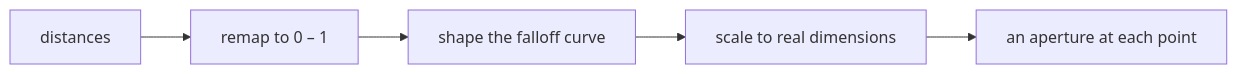
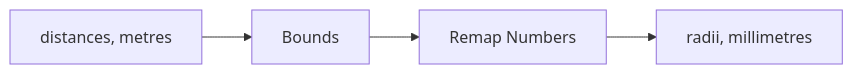
One commit to rccn-teaching/cdf changed the third of 4 diagrams in Lecture/Week_10/goals.md. Above: the diagram before and after it, drawn with Mermaid. The commit also changed other lines of this file and 23 other files, not shown here.

Commit message:
Refactor lecture materials for Weeks 13-15: update README and goals to enhance clarity and structure; adjust session objectives and commands; improve flowcharts and voting processes for better engagement and understanding.

````diff
--- a/Lecture/Week_10/goals.md
+++ b/Lecture/Week_10/goals.md
@@ -47,7 +57,8 @@
 ```mermaid
 flowchart LR
-    A["distances"] --> R["remap to 0 – 1"]
-    R --> G["shape the falloff curve"]
-    G --> S["scale to real dimensions"]
-    S --> O["an aperture at each point"]
+    D0["distances, metres"]
+    B1["Bounds"]
+    R2["Remap Numbers"]
+    C3["radii, millimetres"]
+    D0 --> B1 --> R2 --> C3
 ```
````
